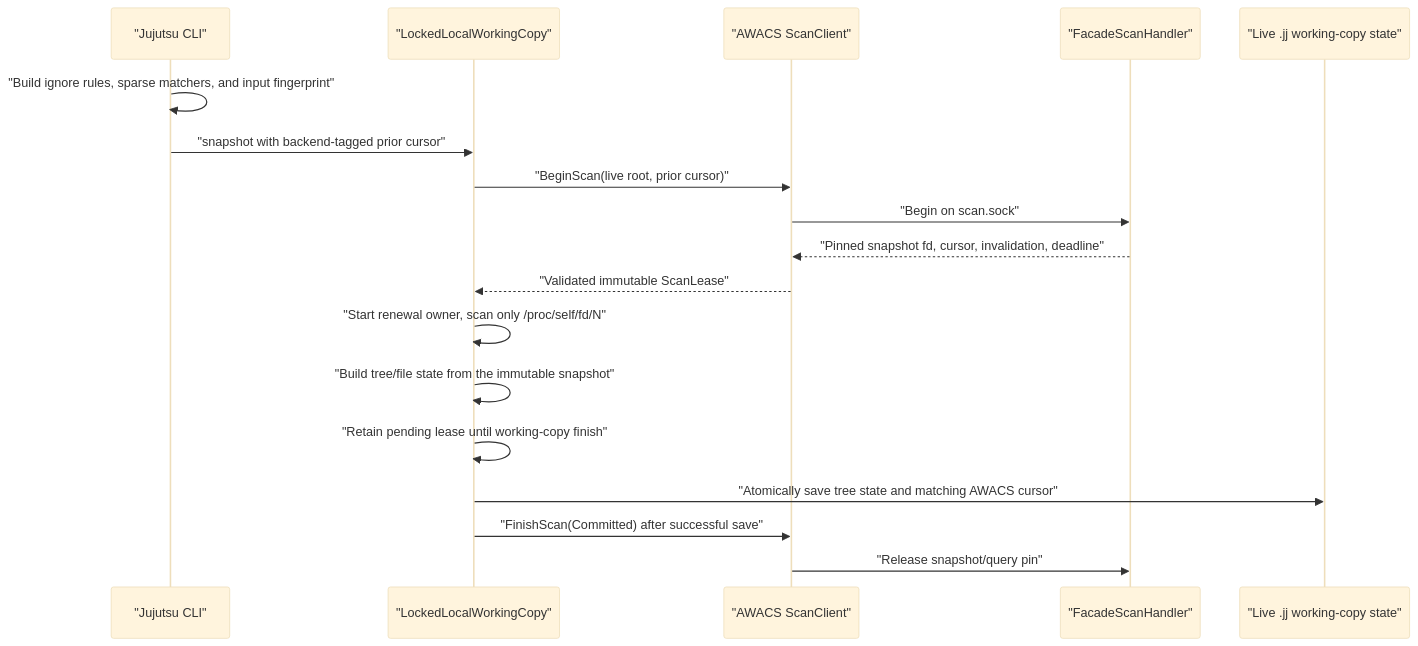
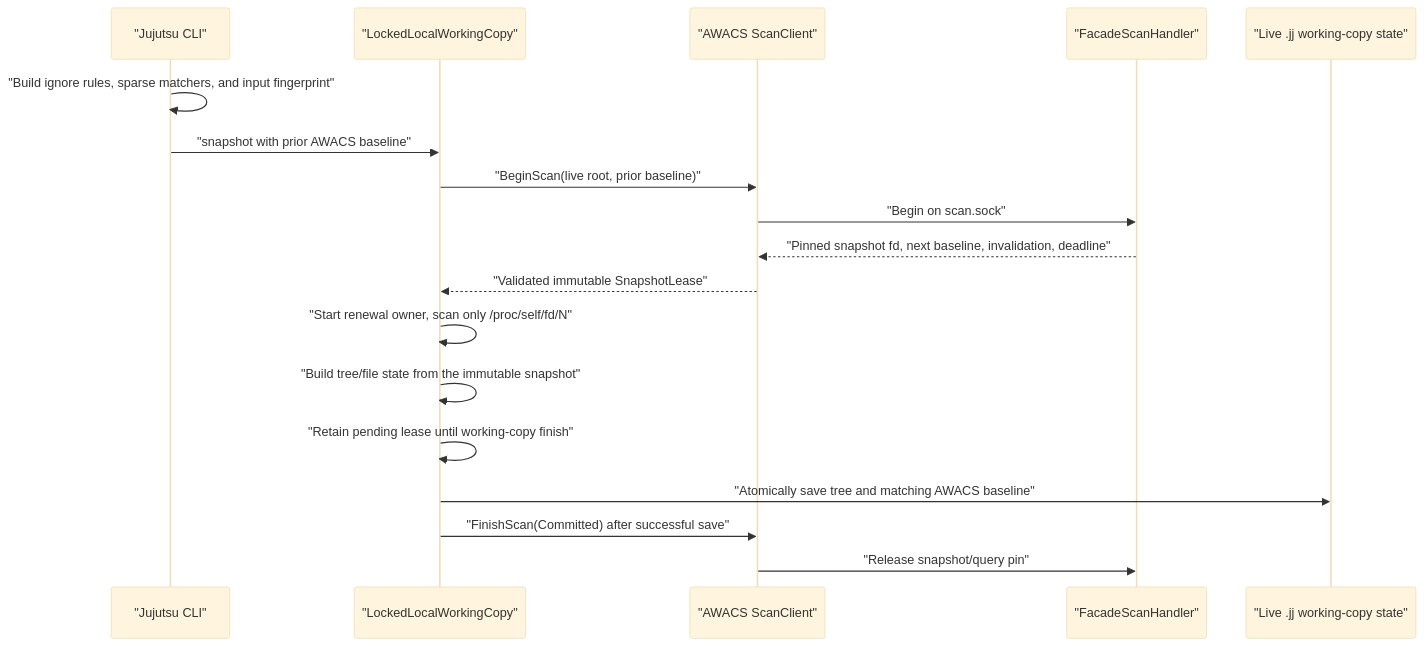
One commit to adamh-oai/jj changed the diagram in btrfs-awacs/docs/src/content/docs/integrations/jujutsu-transaction.md. Above: the diagram before and after it, drawn with Mermaid (base theme). The commit also changed other lines of this file and 9 other files, not shown here.

Commit message:
working-copy: model AWACS snapshot baselines directly

````diff
--- a/btrfs-awacs/docs/src/content/docs/integrations/jujutsu-transaction.md
+++ b/btrfs-awacs/docs/src/content/docs/integrations/jujutsu-transaction.md
@@ -7,21 +7,21 @@
 ```mermaid
 sequenceDiagram
     participant CLI as "Jujutsu CLI"
     participant WC as "LockedLocalWorkingCopy"
     participant Client as "AWACS ScanClient"
     participant Daemon as "FacadeScanHandler"
     participant State as "Live .jj working-copy state"
 
     CLI->>CLI: "Build ignore rules, sparse matchers, and input fingerprint"
-    CLI->>WC: "snapshot with backend-tagged prior cursor"
-    WC->>Client: "BeginScan(live root, prior cursor)"
+    CLI->>WC: "snapshot with prior AWACS baseline"
+    WC->>Client: "BeginScan(live root, prior baseline)"
     Client->>Daemon: "Begin on scan.sock"
-    Daemon-->>Client: "Pinned snapshot fd, cursor, invalidation, deadline"
-    Client-->>WC: "Validated immutable ScanLease"
+    Daemon-->>Client: "Pinned snapshot fd, next baseline, invalidation, deadline"
+    Client-->>WC: "Validated immutable SnapshotLease"
     WC->>WC: "Start renewal owner, scan only /proc/self/fd/N"
     WC->>WC: "Build tree/file state from the immutable snapshot"
     WC->>WC: "Retain pending lease until working-copy finish"
-    WC->>State: "Atomically save tree state and matching AWACS cursor"
+    WC->>State: "Atomically save tree and matching AWACS baseline"
     WC->>Client: "FinishScan(Committed) after successful save"
     Client->>Daemon: "Release snapshot/query pin"
 ```
````
